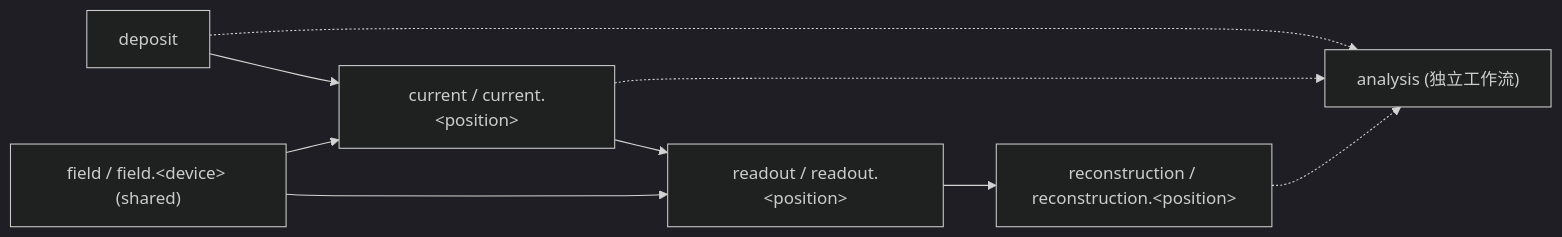
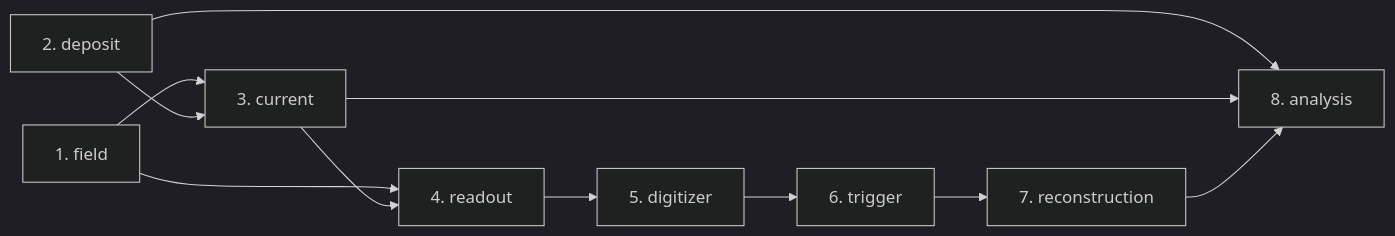
The diagram in docs/cn/stages/README.md (raser-team/raser), drawn with Mermaid (dark theme) before and after one commit. The commit also changed other lines of this file and 44 other files, not shown here.

````diff
--- a/docs/cn/stages/README.md
+++ b/docs/cn/stages/README.md
@@ -9,11 +9,13 @@
 ```mermaid
 flowchart LR
-    DEP["deposit"] --> CUR["current / current.&lt;position&gt;"]
-    FLD["field / field.&lt;device&gt; (shared)"] --> CUR
-    CUR --> RDO["readout / readout.&lt;position&gt;"]
-    FLD --> RDO
-    RDO --> RECO["reconstruction / reconstruction.&lt;position&gt;"]
-    DEP -.-> ANA["analysis (独立工作流)"]
-    CUR -.-> ANA
-    RECO -.-> ANA
+    FLD["1. field"] --> CUR["3. current"]
+    DEP["2. deposit"] --> CUR
+    FLD --> RDO["4. readout"]
+    CUR --> RDO
+    RDO --> DIG["5. digitizer"]
+    DIG --> TRG["6. trigger"]
+    TRG --> RECO["7. reconstruction"]
+    DEP --> ANA["8. analysis"]
+    CUR --> ANA
+    RECO --> ANA
 ```
````
